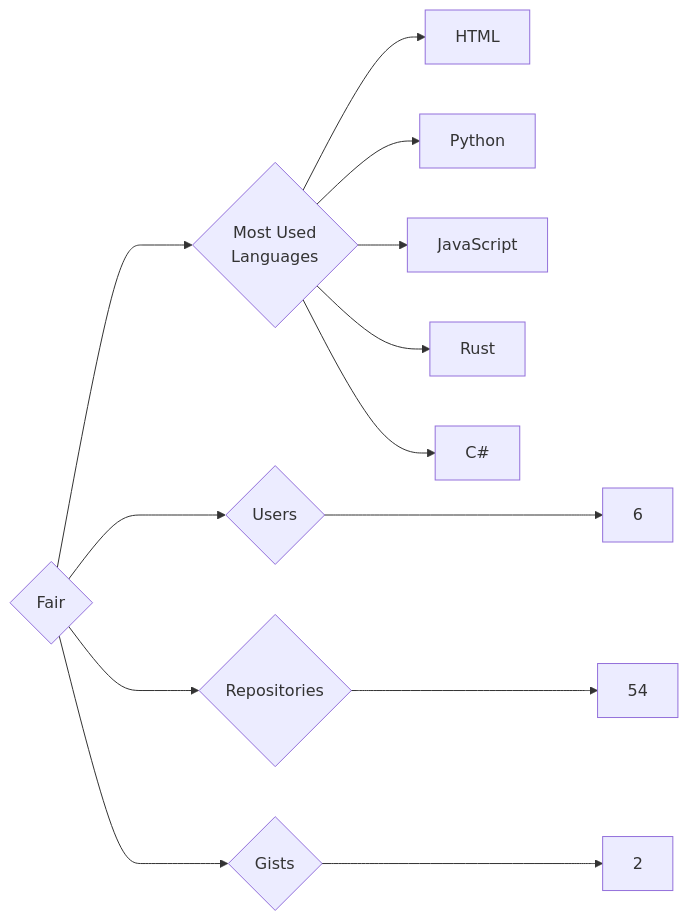
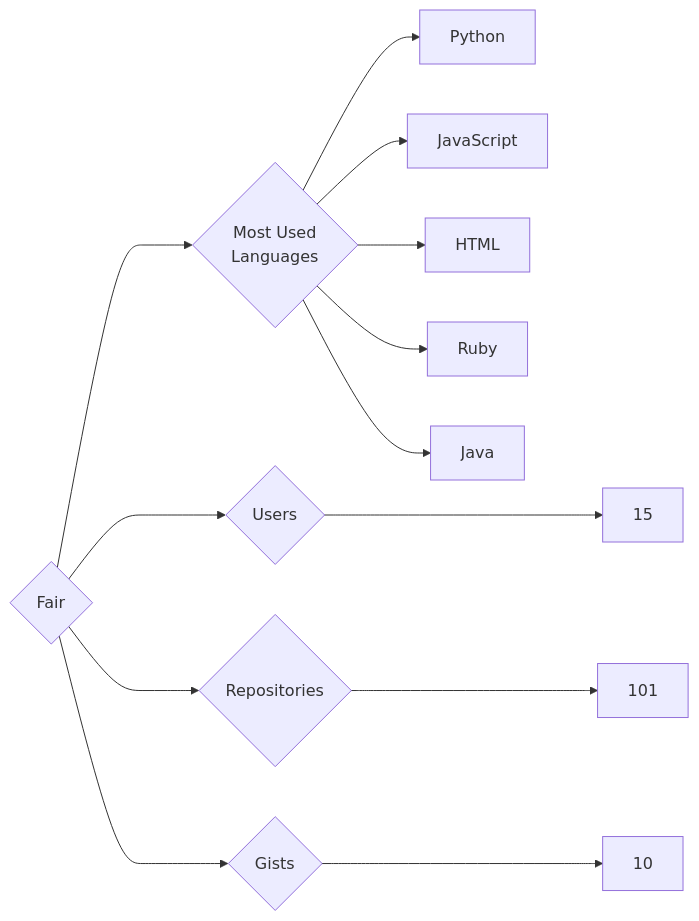
One commit to trickest/insiders changed the diagram in targets/Fair/README.md. Above: the diagram before and after it, drawn with Mermaid. The commit also changed 772 other files, not shown here.

````diff
--- a/targets/Fair/README.md
+++ b/targets/Fair/README.md
@@ -3,13 +3,13 @@
 ```mermaid
 graph LR
 COMPANY_NAME{Fair}
-COMPANY_NAME ---> U{Users} ---> UN[6]
-COMPANY_NAME ---> R{Repositories} ---> RN[54]
-COMPANY_NAME ---> G{Gists} ---> GN[2]
+COMPANY_NAME ---> U{Users} ---> UN[15]
+COMPANY_NAME ---> R{Repositories} ---> RN[101]
+COMPANY_NAME ---> G{Gists} ---> GN[10]
 COMPANY_NAME ---> ML{Most Used<br>Languages}
-ML --> HTML[HTML]
 ML --> Python[Python]
 ML --> JavaScript[JavaScript]
-ML --> Rust[Rust]
-ML --> C#[C#]
+ML --> HTML[HTML]
+ML --> Ruby[Ruby]
+ML --> Java[Java]
 ```
````
